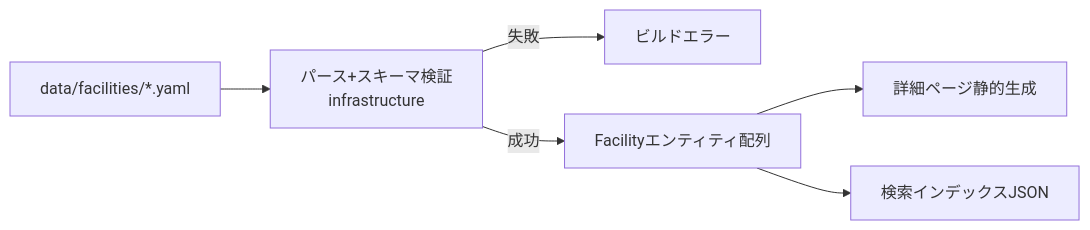
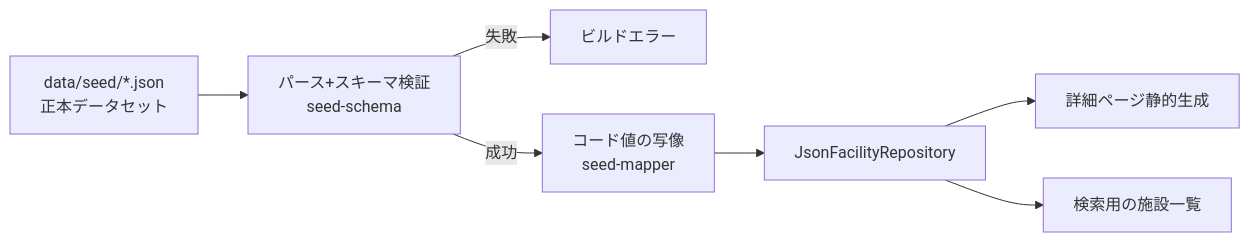
The diagram in docs/architecture.md (dayaa-arch/kodomo-support-commons), drawn with Mermaid before and after one commit. The commit also changed other lines of this file and 31 other files, not shown here.

````diff
--- a/docs/architecture.md
+++ b/docs/architecture.md
@@ -70,8 +70,9 @@
 ```mermaid
 flowchart LR
-  Y[data/facilities/*.yaml] --> P[パース+スキーマ検証<br/>infrastructure]
+  Y[data/seed/*.json<br/>正本データセット] --> P[パース+スキーマ検証<br/>seed-schema]
   P -->|失敗| E[ビルドエラー]
-  P -->|成功| M[Facilityエンティティ配列]
-  M --> SG[詳細ページ静的生成]
-  M --> IX[検索インデックスJSON]
+  P -->|成功| M[コード値の写像<br/>seed-mapper]
+  M --> R[JsonFacilityRepository]
+  R --> SG[詳細ページ静的生成]
+  R --> IX[検索用の施設一覧]
 ```
````
